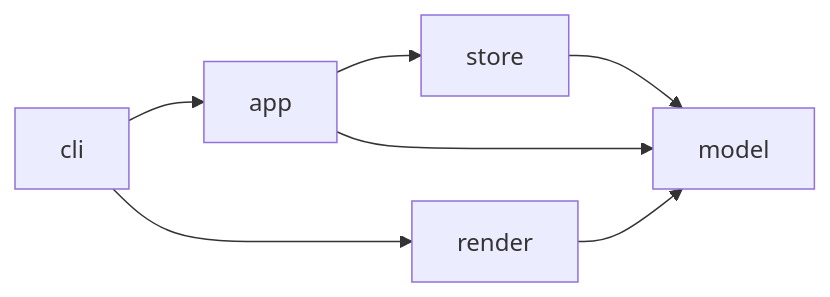
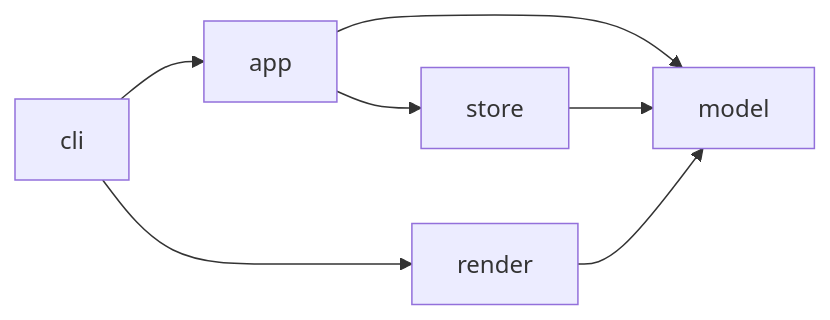
Before and after one commit to rapiddweller/archkeel: the second of 2 diagrams in fixtures/F-architecture/docs/architecture/shop.md, drawn with Mermaid. The commit also changed other lines of this file and 10 other files, not shown here.

First line of the commit message:
Show exact_sources and both graph.drift remedies on the shop sample

````diff
--- a/fixtures/F-architecture/docs/architecture/shop.md
+++ b/fixtures/F-architecture/docs/architecture/shop.md
@@ -67,9 +71,9 @@
 ```mermaid
 flowchart LR
-    store --> model
     app --> model
     app --> store
-    render --> model
     cli --> app
     cli --> render
+    render --> model
+    store --> model
 ```
````
